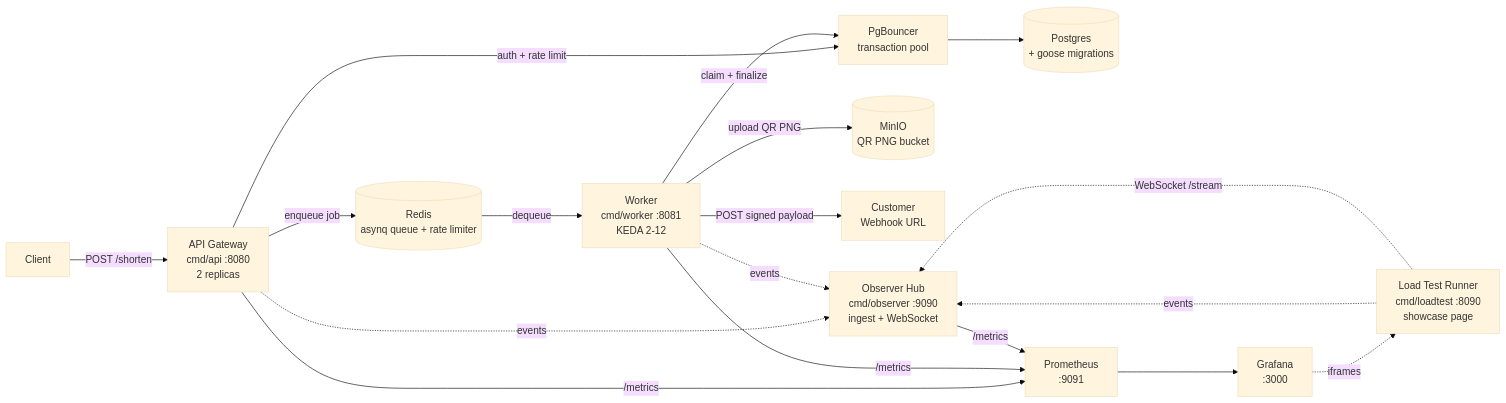
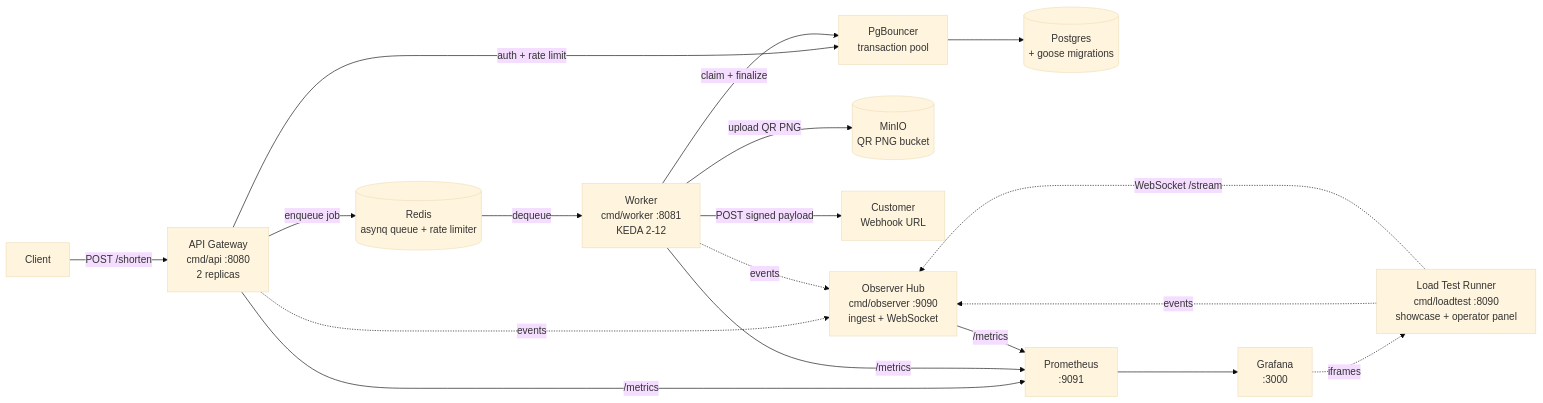
One commit to LeninBoccardo/shortlink changed the diagram in README.md. Above: the diagram before and after it, drawn with Mermaid (base theme). The commit also changed other lines of this file and 2 other files, not shown here.

First line of the commit message:
docs: align MANUAL_TESTING / DECISIONS / README with operator panel work

````diff
--- a/README.md
+++ b/README.md
@@ -21,34 +21,34 @@
 ```mermaid
 flowchart LR
     Client[Client]
     APIGW[API Gateway<br/>cmd/api :8080<br/>2 replicas]
     Postgres[(Postgres<br/>+ goose migrations)]
     PGB[PgBouncer<br/>transaction pool]
     Redis[(Redis<br/>asynq queue + rate limiter)]
     Worker[Worker<br/>cmd/worker :8081<br/>KEDA 2-12]
     MinIO[(MinIO<br/>QR PNG bucket)]
     WHC[Customer<br/>Webhook URL]
     Observer[Observer Hub<br/>cmd/observer :9090<br/>ingest + WebSocket]
-    Loadtest[Load Test Runner<br/>cmd/loadtest :8090<br/>showcase page]
+    Loadtest[Load Test Runner<br/>cmd/loadtest :8090<br/>showcase + operator panel]
     Prometheus[Prometheus<br/>:9091]
     Grafana[Grafana<br/>:3000]
 
     Client -- POST /shorten --> APIGW
     APIGW -- auth + rate limit --> PGB --> Postgres
     APIGW -- enqueue job --> Redis
     Redis -- dequeue --> Worker
     Worker -- claim + finalize --> PGB
     Worker -- upload QR PNG --> MinIO
     Worker -- POST signed payload --> WHC
 
     APIGW -. events .-> Observer
     Worker -. events .-> Observer
     Loadtest -. events .-> Observer
     Loadtest -. WebSocket /stream .-> Observer
 
     APIGW -- /metrics --> Prometheus
     Worker -- /metrics --> Prometheus
     Observer -- /metrics --> Prometheus
     Prometheus --> Grafana
     Grafana -. iframes .-> Loadtest
 ```
````
